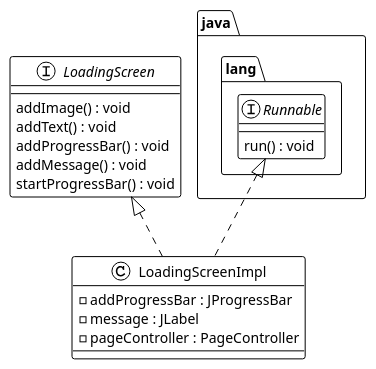
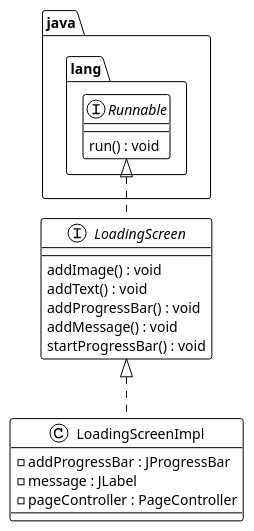
Before and after one commit to CrazyPingu/OOP21-MAP: the diagram in plantuml/LoadingScreen.plantuml, drawn with PlantUML.

Commit message:
Fix loading screen uml

```diff
--- a/plantuml/LoadingScreen.plantuml
+++ b/plantuml/LoadingScreen.plantuml
@@ -1,22 +1,25 @@
 @startuml loading_screen
 !theme plain
 
 interface LoadingScreen{
     addImage() : void
     addText() : void
     addProgressBar() : void
     addMessage() : void
     startProgressBar() : void
 }
 
 interface java.lang.Runnable{
     run() : void
 }
 
-class LoadingScreenImpl implements LoadingScreen, java.lang.Runnable{
+LoadingScreenImpl ..U|> LoadingScreen
+LoadingScreen ..U|> java.lang.Runnable
+
+class LoadingScreenImpl {
     - addProgressBar : JProgressBar
     - message : JLabel
     - pageController : PageController
 }
 
 @enduml
```
